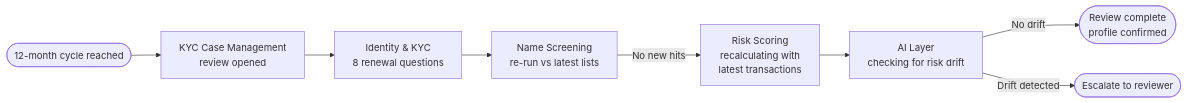
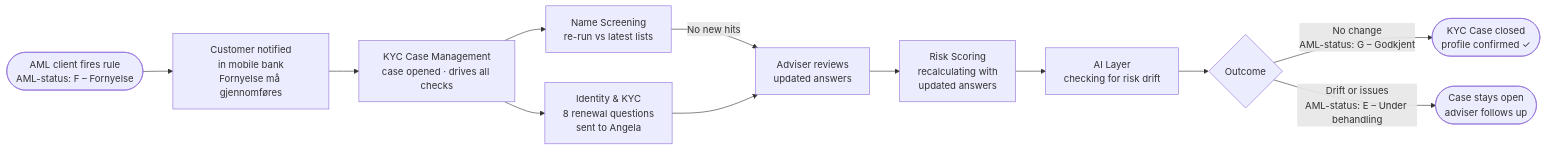
The fifth of 5 diagrams in src/lib/aml/SPEC.md (Birkfand/AML_product_UX_brainstorming), drawn with Mermaid before and after one commit. The commit also changed other lines of this file and 2 other files, not shown here.

Commit message:
Improve periodic renewal flow to match KYC spec
- Trigger now shows AML client firing AML-status F – Fornyelse
- Add customer notification step (mobile bank, deferral option)
- KYC Case opens first and orchestrates CRR + screening in parallel
- Add adviser review step after customer answers received
- Closure shows AML-status G – Godkjent (happy path)
- SPEC.md Mermaid updated with binary outcome fork (G vs E – Under behandling)
- New diary rewrites for all new log messages

````diff
--- a/src/lib/aml/SPEC.md
+++ b/src/lib/aml/SPEC.md
@@ -112,10 +112,14 @@
 ```mermaid
 flowchart LR
-    A([12-month cycle reached]) --> B[KYC Case Management\nreview opened]
-    B --> C[Identity & KYC\n8 renewal questions]
+    A([AML client fires rule\nAML-status: F – Fornyelse]) --> B[Customer notified\nin mobile bank\nFornyelse må gjennomføres]
+    B --> C[KYC Case Management\ncase opened · drives all checks]
     C --> D[Name Screening\nre-run vs latest lists]
-    D -->|No new hits| E[Risk Scoring\nrecalculating with\nlatest transactions]
-    E --> F[AI Layer\nchecking for risk drift]
-    F -->|No drift| G([Review complete\nprofile confirmed])
-    F -->|Drift detected| H([Escalate to reviewer])
+    C --> E[Identity & KYC\n8 renewal questions\nsent to Angela]
+    D -->|No new hits| F[Adviser reviews\nupdated answers]
+    E --> F
+    F --> G[Risk Scoring\nrecalculating with\nupdated answers]
+    G --> H[AI Layer\nchecking for risk drift]
+    H --> outcome{Outcome}
+    outcome -->|No change\nAML-status: G – Godkjent| I([KYC Case closed\nprofile confirmed ✓])
+    outcome -->|Drift or issues\nAML-status: E – Under behandling| J([Case stays open\nadviser follows up])
 ```
````
